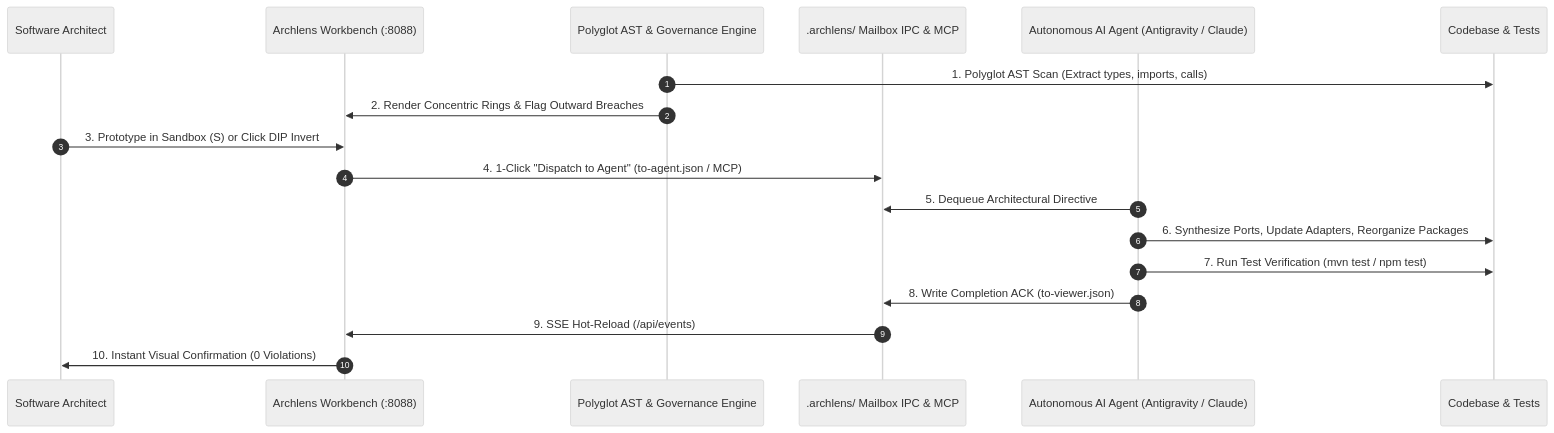
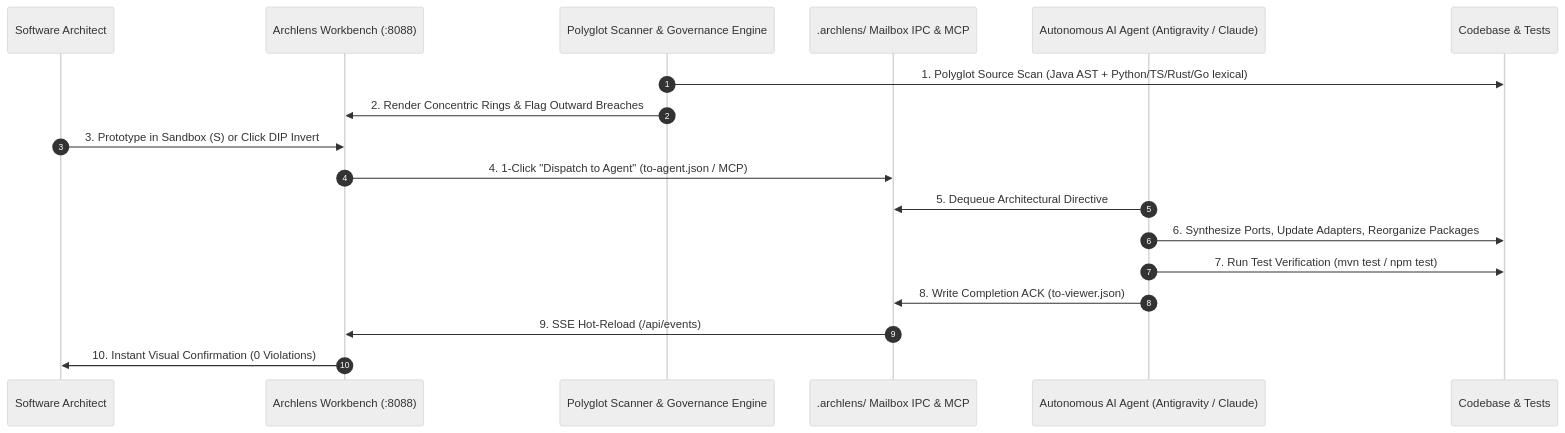
One commit to fmatar/archlens changed the first of 2 diagrams in README.md. Above: the diagram before and after it, drawn with Mermaid. The commit also changed other lines of this file and 37 other files, not shown here.

First line of the commit message:
refactor(scanner): rename non-Java scanners to *LexicalScanner and strip comment/string literals (#243) (#276)

````diff
--- a/README.md
+++ b/README.md
@@ -128,22 +128,22 @@
 ```mermaid
 %%{init: {'theme': 'neutral'}}%%
 sequenceDiagram
     autonumber
     participant Architect as Software Architect
     participant Workbench as Archlens Workbench (:8088)
-    participant Core as Polyglot AST & Governance Engine
+    participant Core as Polyglot Scanner & Governance Engine
     participant Mailbox as .archlens/ Mailbox IPC & MCP
     participant Agent as Autonomous AI Agent (Antigravity / Claude)
     participant Code as Codebase & Tests
 
-    Core->>Code: 1. Polyglot AST Scan (Extract types, imports, calls)
+    Core->>Code: 1. Polyglot Source Scan (Java AST + Python/TS/Rust/Go lexical)
     Core->>Workbench: 2. Render Concentric Rings & Flag Outward Breaches
     Architect->>Workbench: 3. Prototype in Sandbox (S) or Click DIP Invert
     Workbench->>Mailbox: 4. 1-Click "Dispatch to Agent" (to-agent.json / MCP)
     Agent->>Mailbox: 5. Dequeue Architectural Directive
     Agent->>Code: 6. Synthesize Ports, Update Adapters, Reorganize Packages
     Agent->>Code: 7. Run Test Verification (mvn test / npm test)
     Agent->>Mailbox: 8. Write Completion ACK (to-viewer.json)
     Mailbox->>Workbench: 9. SSE Hot-Reload (/api/events)
     Workbench->>Architect: 10. Instant Visual Confirmation (0 Violations)
 ```
````
